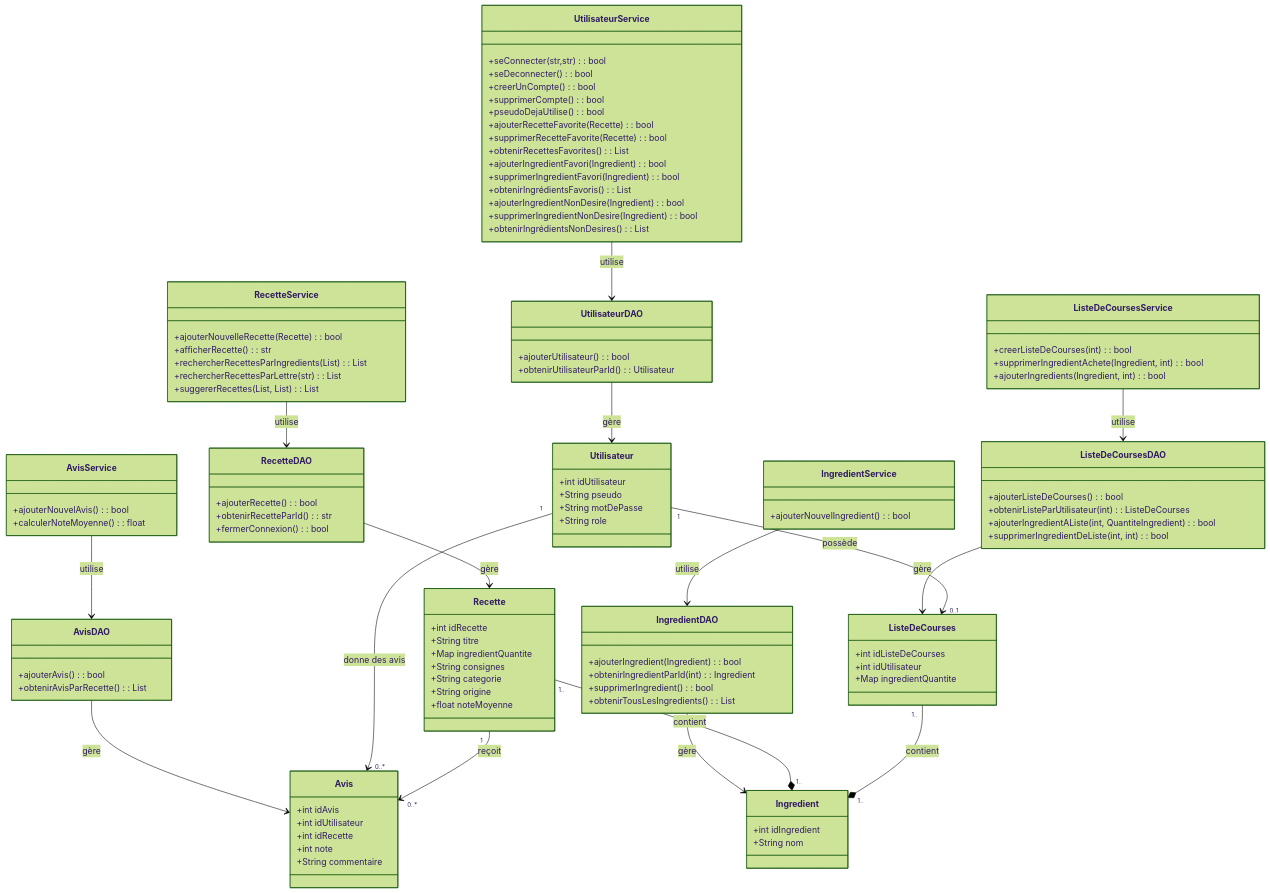
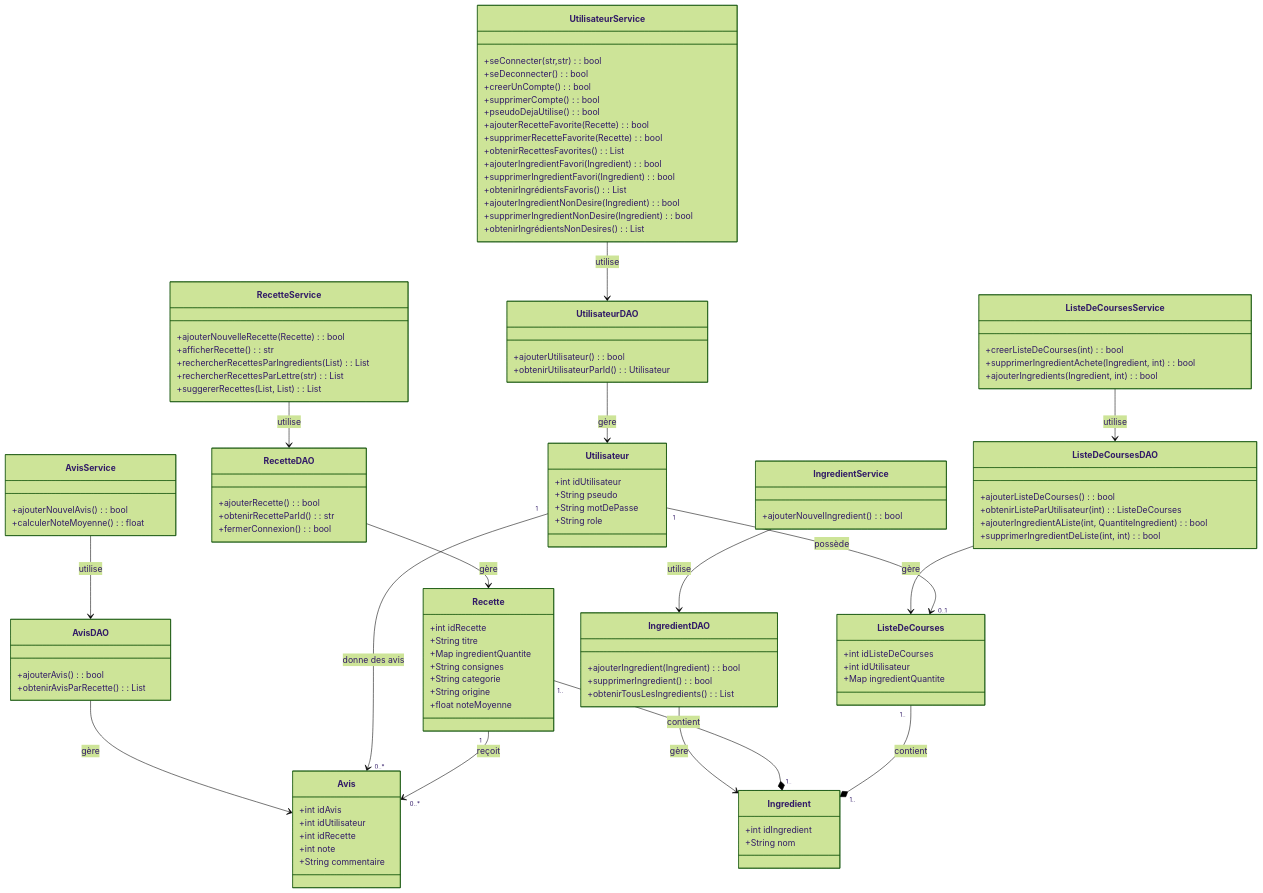
One commit to Donovan-pixel/ENSAI-2A-projet-info-gr12 changed the diagram in doc/Diagramme de classes2.mmd. Above: the diagram before and after it, drawn with Mermaid (forest theme). The commit also changed 5 other files, not shown here.

```diff
--- a/doc/Diagramme de classes2.mmd
+++ b/doc/Diagramme de classes2.mmd
@@ -1,131 +1,130 @@
 classDiagram
     class Recette {
         +int idRecette
         +String titre
         +Map<Ingredients, quantite> ingredientQuantite
         +String consignes
         +String categorie
         +String origine
         +float noteMoyenne
     }
 
     class Ingredient {
         +int idIngredient
         +String nom
     }
 
     class Utilisateur {
         +int idUtilisateur
         +String pseudo
         +String motDePasse
         +String role
     }
 
     class ListeDeCourses {
         +int idListeDeCourses
         +int idUtilisateur
         +Map<Ingredient, quantite> ingredientQuantite
     }
 
     class Avis {
         +int idAvis
         +int idUtilisateur
         +int idRecette
         +int note
         +String commentaire
     }
 
     %% DAO and Service classes
 
     class RecetteDAO {
         +ajouterRecette() : bool
         +obtenirRecetteParId() : str
         +fermerConnexion() : bool
     }
 
     class RecetteService {
         +ajouterNouvelleRecette(Recette) : bool
         +afficherRecette() : str
         +rechercherRecettesParIngredients(List<Ingredient>) : List<Recette>
         +rechercherRecettesParLettre(str) : List<Recette>
         +suggererRecettes(List<Ingredient>, List<Ingredient>) : List<Recette>
     }
 
     class IngredientDAO {
         +ajouterIngredient(Ingredient) : bool
-        +obtenirIngredientParId(int) : Ingredient
         +supprimerIngredient() : bool
         +obtenirTousLesIngredients() : List<Ingredient>
     }
 
     class IngredientService {
         +ajouterNouvelIngredient() : bool
     }
 
     class UtilisateurService {
         +seConnecter(str,str) : bool
         +seDeconnecter() : bool
         +creerUnCompte() : bool
         +supprimerCompte() : bool
         +pseudoDejaUtilise() : bool
         +ajouterRecetteFavorite(Recette) : bool
         +supprimerRecetteFavorite(Recette) : bool
         +obtenirRecettesFavorites() : List<Recette> 
         +ajouterIngredientFavori(Ingredient) : bool
         +supprimerIngredientFavori(Ingredient) : bool
         +obtenirIngrédientsFavoris() : List<Ingredient> 
         +ajouterIngredientNonDesire(Ingredient) : bool
         +supprimerIngredientNonDesire(Ingredient) : bool
         +obtenirIngrédientsNonDesires() : List<Ingredient> 
     }
 
     class UtilisateurDAO {
         +ajouterUtilisateur() : bool
         +obtenirUtilisateurParId() : Utilisateur
     }
 
     class ListeDeCoursesDAO {
         +ajouterListeDeCourses() : bool
         +obtenirListeParUtilisateur(int) : ListeDeCourses
         +ajouterIngredientAListe(int, QuantiteIngredient) : bool
         +supprimerIngredientDeListe(int, int) : bool
     }
 
     class ListeDeCoursesService {
         +creerListeDeCourses(int) : bool
         +supprimerIngredientAchete(Ingredient, int) : bool
         +ajouterIngredients(Ingredient, int) : bool
     }
 
     class AvisDAO {
         +ajouterAvis() : bool
         +obtenirAvisParRecette() : List<Avis>
     }
 
     class AvisService {
         +ajouterNouvelAvis() : bool
         +calculerNoteMoyenne() : float
     }
 
     %% Relations
     RecetteService --> RecetteDAO : utilise
     RecetteDAO --> Recette : gère
 
     IngredientService --> IngredientDAO : utilise
     IngredientDAO --> Ingredient : gère
 
     UtilisateurService --> UtilisateurDAO : utilise
     UtilisateurDAO --> Utilisateur : gère
 
     ListeDeCoursesService --> ListeDeCoursesDAO : utilise
     ListeDeCoursesDAO --> ListeDeCourses : gère
 
     AvisService --> AvisDAO : utilise
     AvisDAO --> Avis : gère
 
     %% Cardinalities
     Utilisateur "1" --> "0..*" Avis : donne des avis
     Utilisateur "1" --> "0..1" ListeDeCourses : possède
     Recette "1.."--* "1.." Ingredient : contient
     ListeDeCourses "1.."--* "1.." Ingredient : contient
     Recette "1" --> "0..*" Avis : reçoit
```
